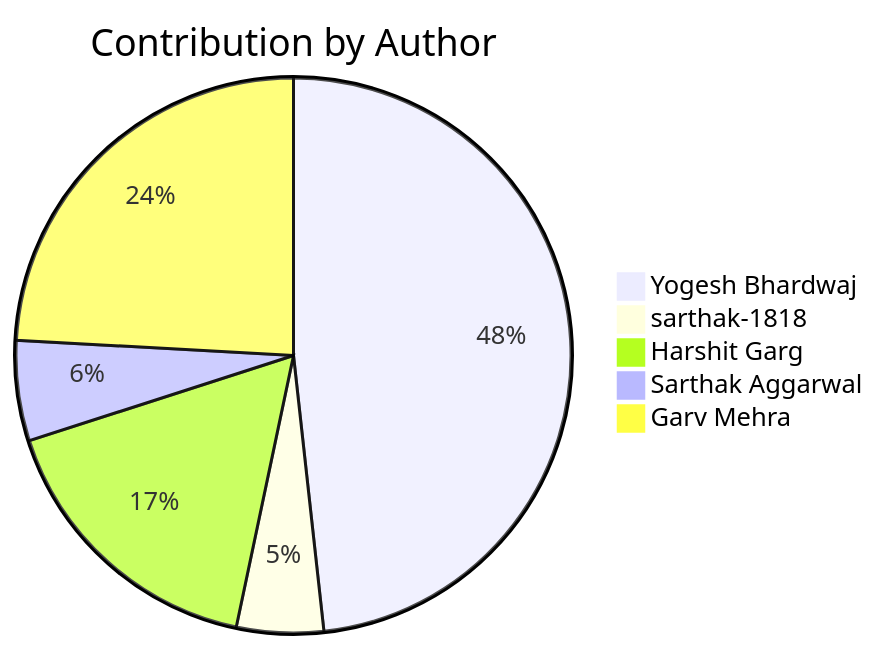
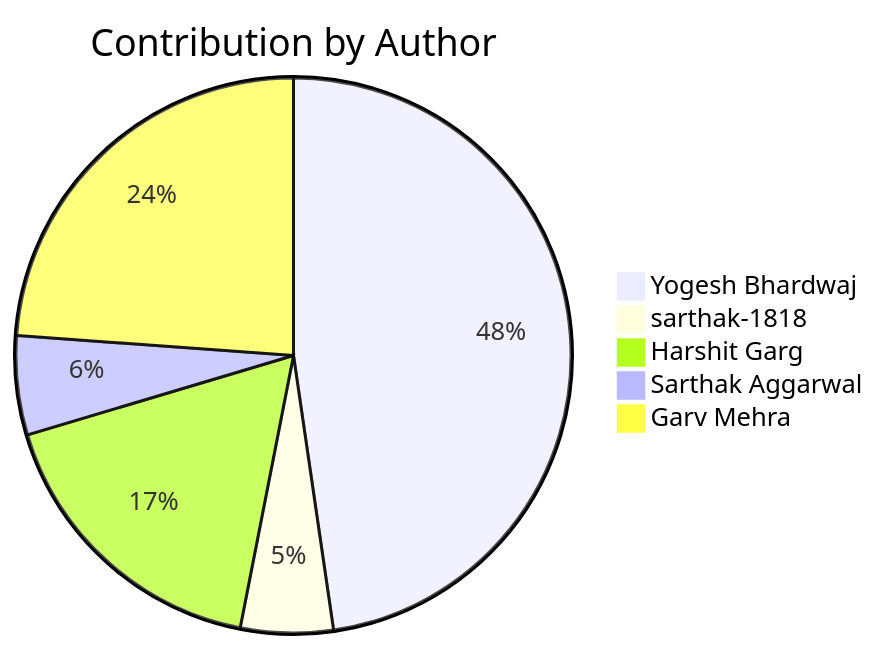
One commit to Yogesh-Bhardwaj-hue/Scm-Final_2.0 changed the second of 2 diagrams in README.md. Above: the diagram before and after it, drawn with Mermaid. The commit also changed other lines of this file, not shown here.

Commit message:
x9bFectFPRfz

````diff
--- a/README.md
+++ b/README.md
@@ -190,8 +190,8 @@
 ```mermaid
 pie title Contribution by Author
     "Yogesh Bhardwaj": 124
-    "sarthak-1818": 13
-    "Harshit Garg": 43
+    "sarthak-1818": 14
+    "Harshit Garg": 45
     "Sarthak Aggarwal": 15
     "Garv Mehra": 62
 ```
````
